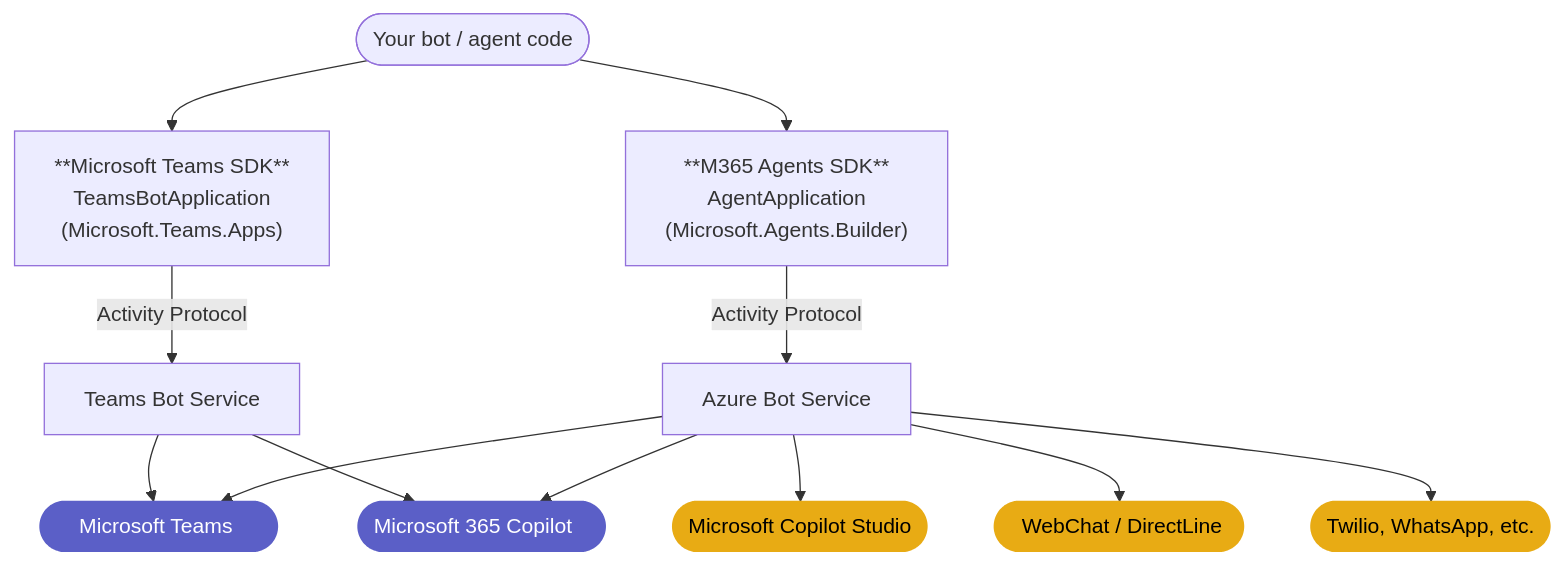
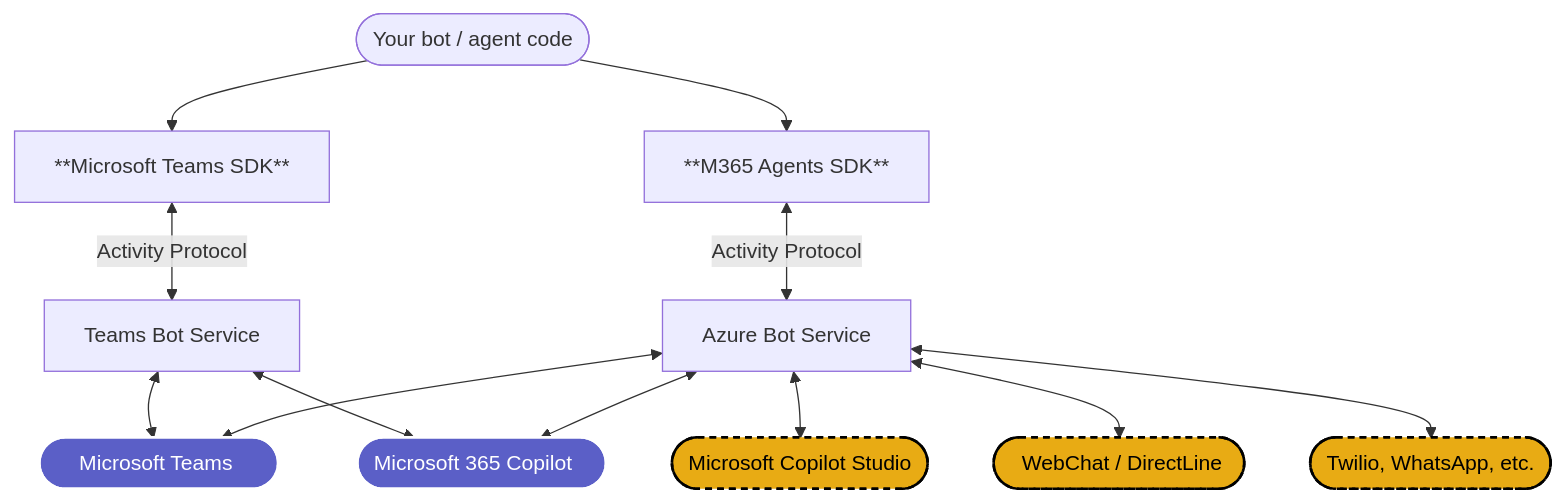
One commit to microsoft/teams-sdk changed the diagram in teams.md/docs/main/teams/choosing-an-sdk.md. Above: the diagram before and after it, drawn with Mermaid. The commit also changed other lines of this file, not shown here.

````diff
--- a/teams.md/docs/main/teams/choosing-an-sdk.md
+++ b/teams.md/docs/main/teams/choosing-an-sdk.md
@@ -21,33 +73,33 @@
 ```mermaid
 flowchart TB
     Code([Your bot / agent code])
-    A["**M365 Agents SDK**<br/>AgentApplication<br/>(Microsoft.Agents.Builder)"]
-    T["**Microsoft Teams SDK**<br/>TeamsBotApplication<br/>(Microsoft.Teams.Apps)"]
+    A["**M365 Agents SDK**"]
+    T["**Microsoft Teams SDK**"]
     ABS["Azure Bot Service"]
     TBS["Teams Bot Service"]
 
     MTeams(["&nbsp;&nbsp;&nbsp;&nbsp;Microsoft Teams&nbsp;&nbsp;&nbsp;&nbsp;&nbsp;"])
     M365C(["Microsoft 365 Copilot&nbsp;&nbsp;&nbsp;"])
     MCS([Microsoft Copilot Studio])
     WCD(["&nbsp;&nbsp;WebChat / DirectLine&nbsp;"])
     TWD(["Twilio, WhatsApp, etc."])
 
     Code --> T
     Code --> A
-    T -- "Activity Protocol" --> TBS
-    A -- "Activity Protocol" --> ABS
+    T <-- "Activity Protocol" --> TBS
+    A <-- "Activity Protocol" --> ABS
 
-    TBS --> MTeams
-    TBS --> M365C
+    TBS <--> MTeams
+    TBS <--> M365C
 
-    ABS --> MTeams
-    ABS --> M365C
-    ABS --> MCS
-    ABS --> WCD
-    ABS --> TWD
+    ABS <--> MTeams
+    ABS <--> M365C
+    ABS <--> MCS
+    ABS <--> WCD
+    ABS <--> TWD
 
-    classDef both fill:#5B5FC7,color:#fff,stroke:none
-    classDef agentsOptimized fill:#E8AB14,color:#000,stroke:none
+    classDef both fill:#5B5FC7,color:#fff,stroke:#fff,stroke-width:2px
+    classDef agentsOptimized fill:#E8AB14,color:#000,stroke:#000,stroke-width:2px,stroke-dasharray:5 4
     class MTeams,M365C both
     class MCS,WCD,TWD agentsOptimized
 ```
````
